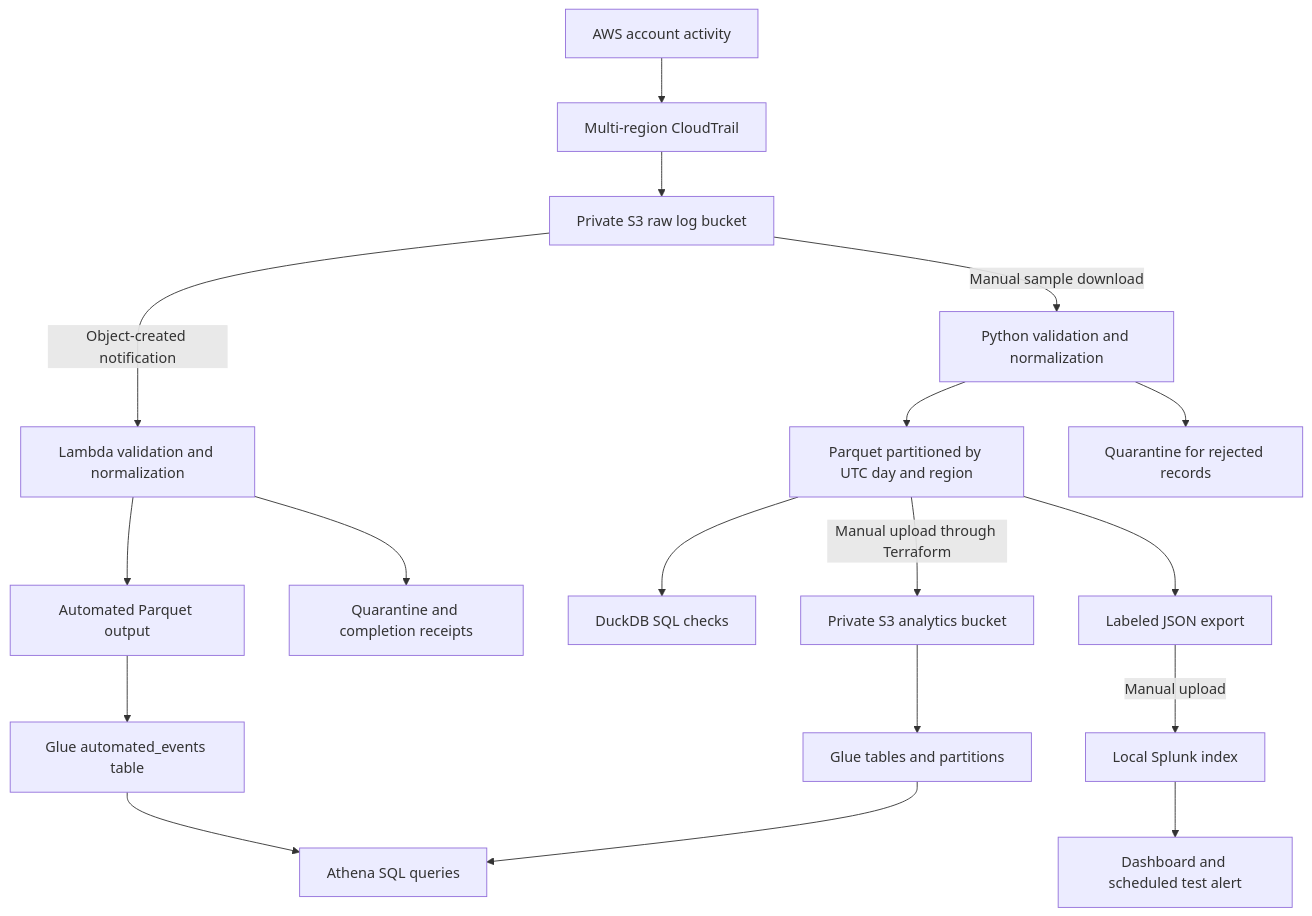
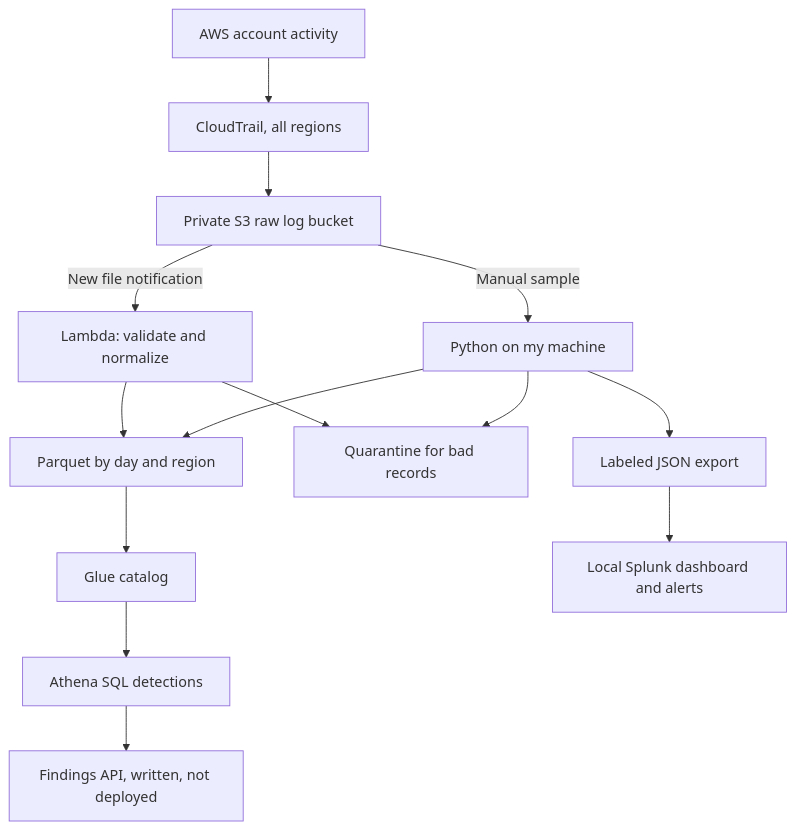
The diagram in README.md (echeekene/Cloud-detection-pipeline), drawn with Mermaid before and after one commit. The commit also changed other lines of this file, not shown here.

````diff
--- a/README.md
+++ b/README.md
@@ -27,20 +29,16 @@
 ```mermaid
 flowchart TD
-    A[AWS account activity] --> B[Multi-region CloudTrail]
+    A[AWS account activity] --> B[CloudTrail, all regions]
     B --> C[Private S3 raw log bucket]
-    C -->|Manual sample download| D[Python validation and normalization]
-    C -->|Object-created notification| O[Lambda validation and normalization]
-    O --> P[Automated Parquet output]
-    O --> R[Quarantine and completion receipts]
-    P --> Q[Glue automated_events table]
-    Q --> J[Athena SQL queries]
-    D --> E[Parquet partitioned by UTC day and region]
-    D --> F[Quarantine for rejected records]
-    E --> G[DuckDB SQL checks]
-    E -->|Manual upload through Terraform| H[Private S3 analytics bucket]
-    H --> I[Glue tables and partitions]
-    I --> J
-    E --> K[Labeled JSON export]
-    K -->|Manual upload| L[Local Splunk index]
-    L --> M[Dashboard and scheduled test alert]
+    C -->|New file notification| D[Lambda: validate and normalize]
+    C -->|Manual sample| E[Python on my machine]
+    D --> F[Parquet by day and region]
+    E --> F
+    D --> G[Quarantine for bad records]
+    E --> G
+    F --> H[Glue catalog]
+    H --> I[Athena SQL detections]
+    E --> J[Labeled JSON export]
+    J --> K[Local Splunk dashboard and alerts]
+    I --> L[Findings API, written, not deployed]
 ```
````
